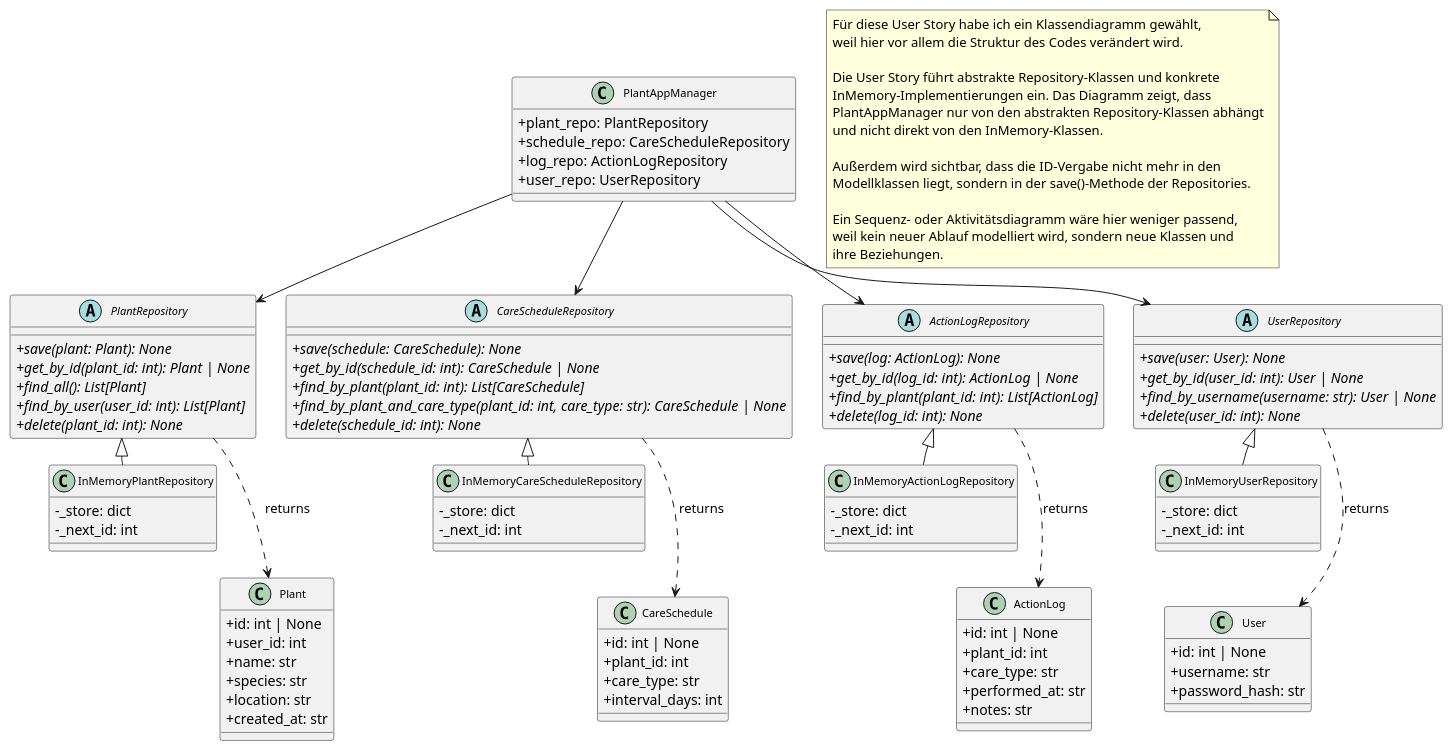
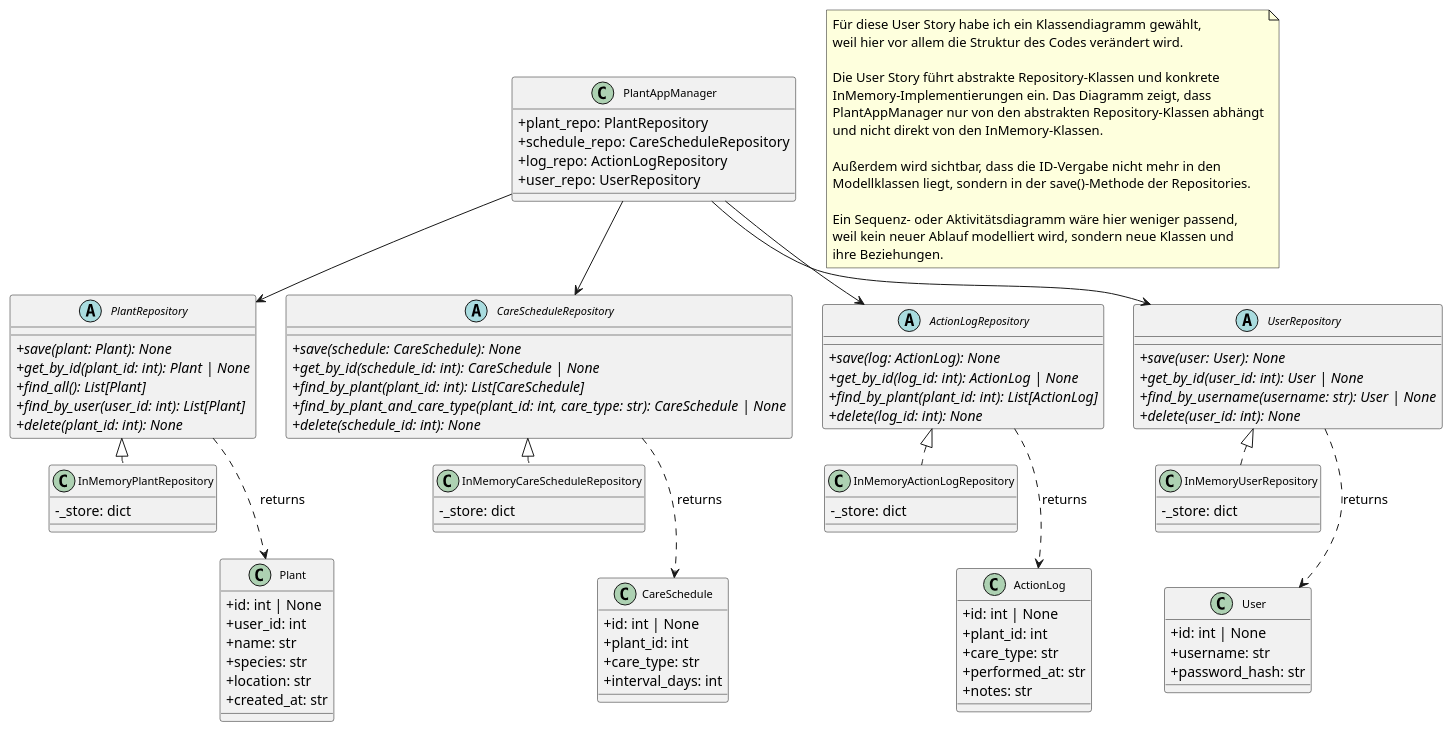
One commit to Annika-Ostendorp/pflanzenkalender-teil-2 changed the diagram in diagrams/us4_repository_pattern.puml. Above: the diagram before and after it, drawn with PlantUML.

Commit message:
Update repository diagram: remove _next_id and use realization arrows

```diff
--- a/diagrams/us4_repository_pattern.puml
+++ b/diagrams/us4_repository_pattern.puml
@@ -1,160 +1,156 @@
 @startuml repository-pattern
 skinparam classAttributeIconSize 0
 skinparam classFontSize 11
 skinparam nodesep 30
 skinparam ranksep 25
 top to bottom direction
 
 
 class PlantAppManager {
   +plant_repo: PlantRepository
   +schedule_repo: CareScheduleRepository
   +log_repo: ActionLogRepository
   +user_repo: UserRepository
 }
 
 
 abstract class PlantRepository {
   {abstract} +save(plant: Plant): None
   {abstract} +get_by_id(plant_id: int): Plant | None
   {abstract} +find_all(): List[Plant]
   {abstract} +find_by_user(user_id: int): List[Plant]
   {abstract} +delete(plant_id: int): None
 }
 
 
 abstract class CareScheduleRepository {
   {abstract} +save(schedule: CareSchedule): None
   {abstract} +get_by_id(schedule_id: int): CareSchedule | None
   {abstract} +find_by_plant(plant_id: int): List[CareSchedule]
   {abstract} +find_by_plant_and_care_type(plant_id: int, care_type: str): CareSchedule | None
   {abstract} +delete(schedule_id: int): None
 }
 
 
 abstract class ActionLogRepository {
   {abstract} +save(log: ActionLog): None
   {abstract} +get_by_id(log_id: int): ActionLog | None
   {abstract} +find_by_plant(plant_id: int): List[ActionLog]
   {abstract} +delete(log_id: int): None
 }
 
 abstract class UserRepository {
   {abstract} +save(user: User): None
   {abstract} +get_by_id(user_id: int): User | None
   {abstract} +find_by_username(username: str): User | None
   {abstract} +delete(user_id: int): None
 }
 
 class InMemoryPlantRepository {
   -_store: dict
-  -_next_id: int
 }
 
 
 class InMemoryCareScheduleRepository {
   -_store: dict
-  -_next_id: int
 }
 
 
 class InMemoryActionLogRepository {
   -_store: dict
-  -_next_id: int
 }
 
 class InMemoryUserRepository {
   -_store: dict
-  -_next_id: int
 }
 
 
 class Plant {
   +id: int | None
   +user_id: int
   +name: str
   +species: str
   +location: str
   +created_at: str
 }
 
 class CareSchedule {
   +id: int | None
   +plant_id: int
   +care_type: str
   +interval_days: int
 }
 
 
 class ActionLog {
   +id: int | None
   +plant_id: int
   +care_type: str
   +performed_at: str
   +notes: str
 }
 
 class User {
   +id: int | None
   +username: str
   +password_hash: str
 }
 
 
 ' ── Dependency Inversion: Manager → abstract interfaces ──
 PlantAppManager --> PlantRepository
 PlantAppManager --> CareScheduleRepository
 PlantAppManager --> ActionLogRepository
 PlantAppManager --> UserRepository
 
 
 ' ── Implementations ─────────────────────────────────────
-PlantRepository <|-- InMemoryPlantRepository
-CareScheduleRepository <|-- InMemoryCareScheduleRepository
-ActionLogRepository <|-- InMemoryActionLogRepository
-UserRepository <|-- InMemoryUserRepository
+PlantRepository <|.. InMemoryPlantRepository
+CareScheduleRepository <|.. InMemoryCareScheduleRepository
+ActionLogRepository <|.. InMemoryActionLogRepository
+UserRepository <|.. InMemoryUserRepository
 
 
 ' ── Repository returns domain models ─────────────────────
 PlantRepository ..> Plant : returns
 CareScheduleRepository ..> CareSchedule : returns
 ActionLogRepository ..> ActionLog : returns
 UserRepository ..> User : returns
 
 ' ── Column layout (left → right) ─────────────────────────
 PlantRepository -[hidden]right- CareScheduleRepository
 CareScheduleRepository -[hidden]right- ActionLogRepository
 ActionLogRepository -[hidden]right- UserRepository
 InMemoryPlantRepository -[hidden]right- InMemoryCareScheduleRepository
 InMemoryCareScheduleRepository -[hidden]right- InMemoryActionLogRepository
 InMemoryActionLogRepository -[hidden]right- InMemoryUserRepository
 Plant -[hidden]right- CareSchedule
 CareSchedule -[hidden]right- ActionLog
 ActionLog -[hidden]right- User
 PlantRepository -[hidden]down- InMemoryPlantRepository
 InMemoryPlantRepository -[hidden]down- Plant
 CareScheduleRepository -[hidden]down- InMemoryCareScheduleRepository
 InMemoryCareScheduleRepository -[hidden]down- CareSchedule
 ActionLogRepository -[hidden]down- InMemoryActionLogRepository
 InMemoryActionLogRepository -[hidden]down- ActionLog
 UserRepository -[hidden]down- InMemoryUserRepository
 InMemoryUserRepository -[hidden]down- User
 
 note as N1
 Für diese User Story habe ich ein Klassendiagramm gewählt,
 weil hier vor allem die Struktur des Codes verändert wird.
 
 Die User Story führt abstrakte Repository-Klassen und konkrete
 InMemory-Implementierungen ein. Das Diagramm zeigt, dass
 PlantAppManager nur von den abstrakten Repository-Klassen abhängt
 und nicht direkt von den InMemory-Klassen.
 
 Außerdem wird sichtbar, dass die ID-Vergabe nicht mehr in den
 Modellklassen liegt, sondern in der save()-Methode der Repositories.
 
 Ein Sequenz- oder Aktivitätsdiagramm wäre hier weniger passend,
 weil kein neuer Ablauf modelliert wird, sondern neue Klassen und
 ihre Beziehungen.
 end note
 
 @enduml
```
